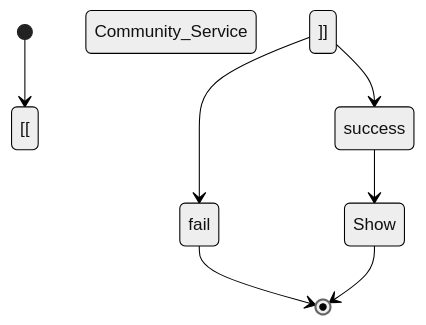
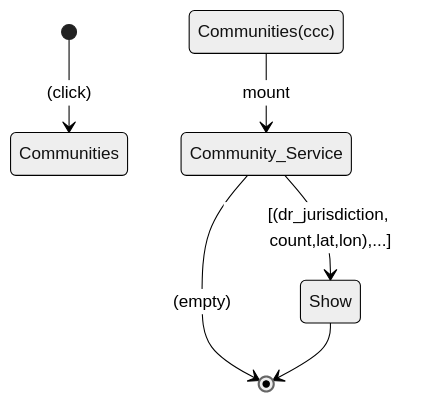
Before and after one commit to Wilfongjt/lb-A: the first of 2 diagrams in README.md, drawn with Mermaid (neutral theme). The commit also changed other lines of this file, not shown here.

````diff
--- a/README.md
+++ b/README.md
@@ -4,11 +4,11 @@
 ```mermaid
 stateDiagram
-   
-    [*] --> [[ Community_Service ]]
+    [*] --> Communities: (click)
+     
+    Communities(ccc) --> Community_Service: mount
     
-    [[ Community_Service ]] --> success
-    [[ Community_Service ]] --> fail
-    fail --> [*]
-    success --> Show
+    Community_Service --> Show: [(dr_jurisdiction, count,lat,lon),...]
+    Community_Service --> [*]: (empty)
+
     Show --> [*]
 ```
````
